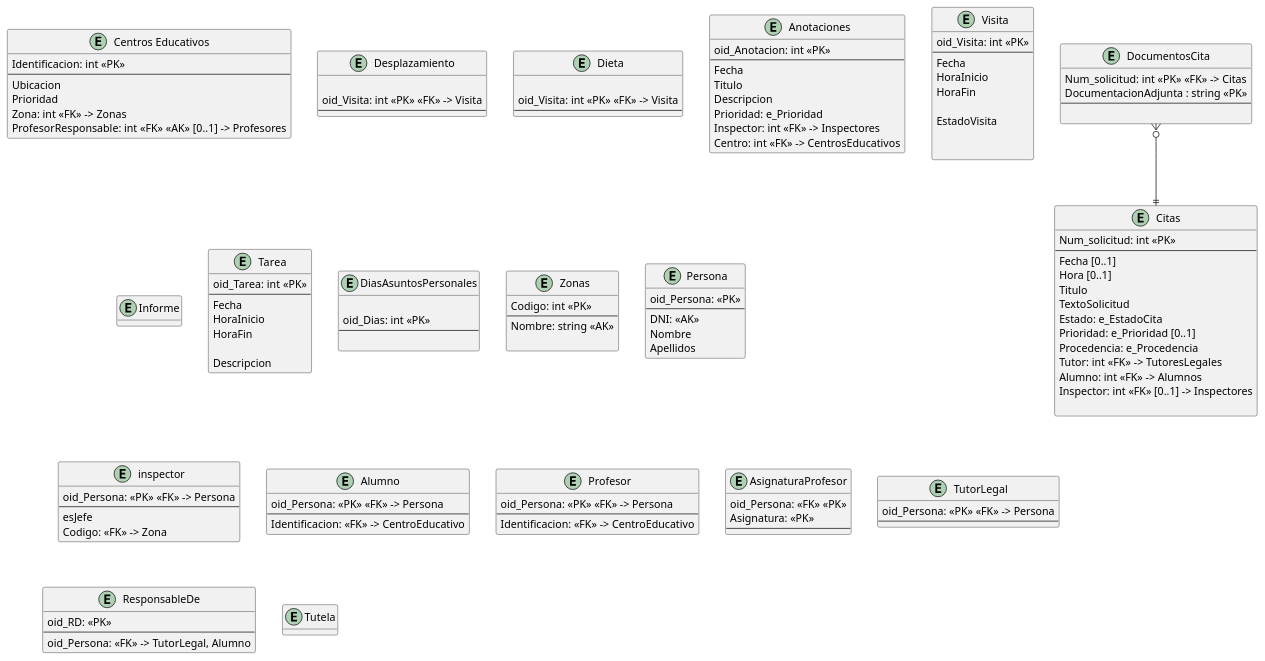
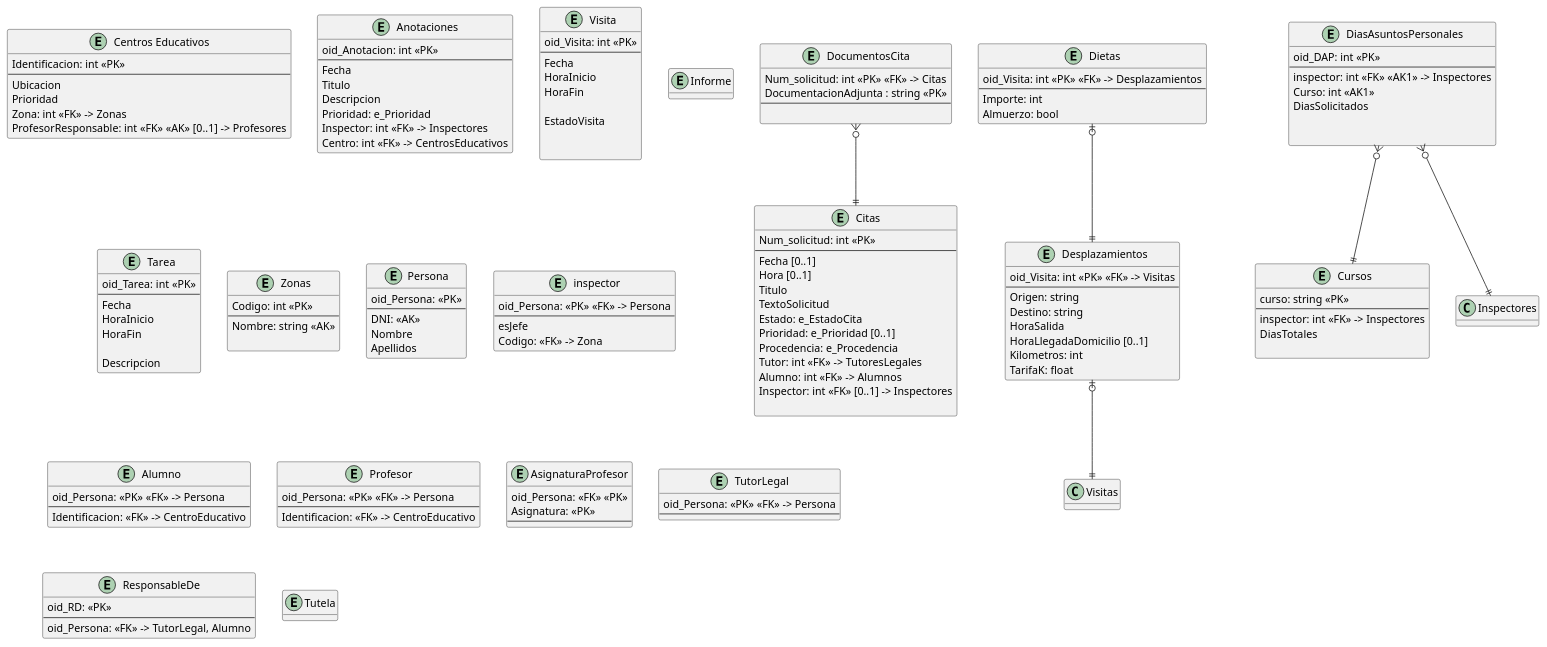
Before and after one commit to javiporti/ProyectoBD_Inspeccion_Educativa: the diagram in modelado/modelado_relacional.puml, drawn with PlantUML.

Commit message:
Añade relaciones (tablas)  Dietas, Desplazamientos, DiasAsuntosPersonales
Añade las tablas necesarias para hacer las relaciones que involucran las dietas, desplazamientos y dias de asuntos personales. Cada una con sus PKs, AKs y FKs.

```diff
--- a/modelado/modelado_relacional.puml
+++ b/modelado/modelado_relacional.puml
@@ -1,160 +1,177 @@
 @startuml modelado_conceptual
 hide methods
 skinparam ClassAttributeIconSize 0
 
 
 entity "Centros Educativos" as CentrosEducativos {
     Identificacion: int <<PK>>
     --
     Ubicacion
     Prioridad
     Zona: int <<FK>> -> Zonas
     ProfesorResponsable: int <<FK>> <<AK>> [0..1] -> Profesores
 }
 
-entity Desplazamiento {
-
-}
-
-entity Dieta {
-
-}
 
 entity DocumentosCita {
     Num_solicitud: int <<PK>> <<FK>> -> Citas
     DocumentacionAdjunta : string <<PK>>
     --
      
 }
 entity Citas {
     Num_solicitud: int <<PK>> 
     --
     Fecha [0..1]
     Hora [0..1]
     Titulo
     TextoSolicitud
     Estado: e_EstadoCita
     Prioridad: e_Prioridad [0..1]
     Procedencia: e_Procedencia
     Tutor: int <<FK>> -> TutoresLegales
     Alumno: int <<FK>> -> Alumnos
     Inspector: int <<FK>> [0..1] -> Inspectores
 
 }
 
 entity Anotaciones {
     oid_Anotacion: int <<PK>>
     --
     Fecha
     Titulo
     Descripcion
     Prioridad: e_Prioridad
     Inspector: int <<FK>> -> Inspectores
     Centro: int <<FK>> -> CentrosEducativos
 }
 
 
 
 entity Visita {
     oid_Visita: int <<PK>>
     --
     Fecha
     HoraInicio
     HoraFin
 
     EstadoVisita
 
 
 }
 
 entity Informe {
 
 }
 
 entity Tarea {
     oid_Tarea: int <<PK>>
     --
     Fecha
     HoraInicio
     HoraFin
 
     Descripcion
 }
 
-entity DiasAsuntosPersonales {
 
-}
 
 entity Zonas {
     Codigo: int <<PK>>
     --
     Nombre: string <<AK>>
     
 }
 
 entity Persona {
     oid_Persona: <<PK>>
     --
     DNI: <<AK>>
     Nombre
     Apellidos
 }
 
 entity inspector {
     oid_Persona: <<PK>> <<FK>> -> Persona
     --
     esJefe
     Codigo: <<FK>> -> Zona
 }
 
 entity Alumno {
     oid_Persona: <<PK>> <<FK>> -> Persona
     --
     Identificacion: <<FK>> -> CentroEducativo
 }
 
 entity Profesor {
     oid_Persona: <<PK>> <<FK>> -> Persona
     --
     Identificacion: <<FK>> -> CentroEducativo
 }
 
 entity AsignaturaProfesor {
     oid_Persona: <<FK>> <<PK>>
     Asignatura: <<PK>>
     --
 }
 
 entity TutorLegal {
     oid_Persona: <<PK>> <<FK>> -> Persona
     --
 }
 
 entity ResponsableDe {
     oid_RD: <<PK>>
     --
     oid_Persona: <<FK>> -> TutorLegal, Alumno
 }
 
 entity Tutela {
 
 }
 
+entity Desplazamientos {
+    oid_Visita: int <<PK>> <<FK>> -> Visitas
+    --
+    Origen: string
+    Destino: string
+    HoraSalida
+    HoraLlegadaDomicilio [0..1]
+    Kilometros: int
+    TarifaK: float
+}
+entity Dietas {
+    oid_Visita: int <<PK>> <<FK>> -> Desplazamientos
+    --
+    Importe: int
+    Almuerzo: bool
+}
+Desplazamientos |o--||Visitas
+Dietas |o--||Desplazamientos
+
+entity DiasAsuntosPersonales {
+    oid_DAP: int <<PK>>
+    --
+    inspector: int <<FK>> <<AK1>> -> Inspectores
+    Curso: int <<AK1>>
+    DiasSolicitados
+    
+    
+}
+
+entity Cursos {
+    curso: string <<PK>>
+    --
+    inspector: int <<FK>> -> Inspectores
+    DiasTotales
+
+}
+
+DiasAsuntosPersonales }o--||Cursos
+DiasAsuntosPersonales }o--||Inspectores
+
 '------- ASOCIACIONES --------------------------------------
 DocumentosCita }o--|| Citas
-entity Desplazamiento {
-    oid_Visita: int <<PK>> <<FK>> -> Visita
-    --
-}
 
-entity Dieta {
-    oid_Visita: int <<PK>> <<FK>> -> Visita
-    --
-}
-
-entity DiasAsuntosPersonales {
-    oid_Dias: int <<PK>>
-    --
-    
-}
 @enduml
```
